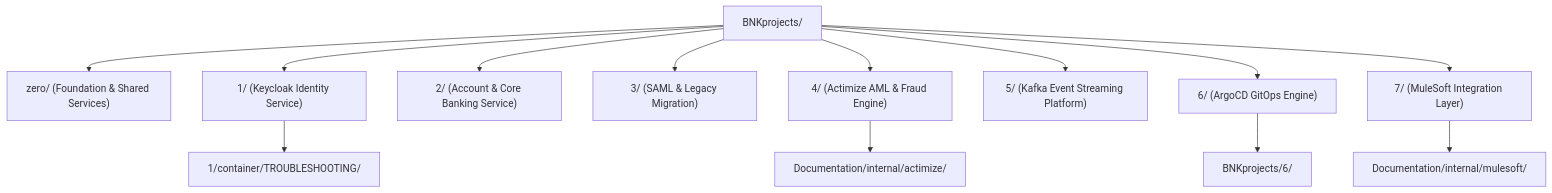
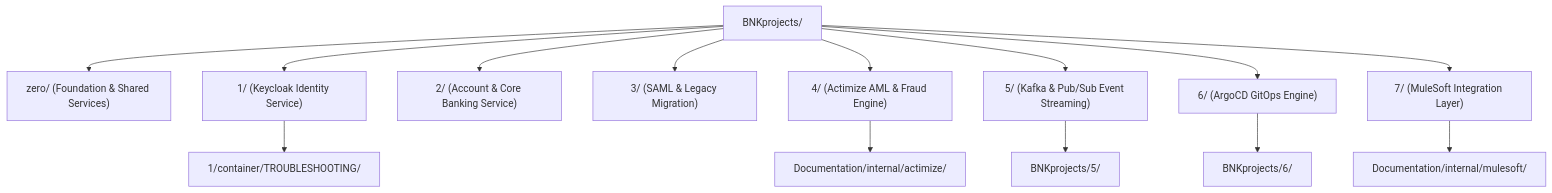
The diagram in BNKprojects/README.md (VladxDevops/MockBank), drawn with Mermaid before and after one commit. The commit also changed other lines of this file and 7 other files, not shown here.

````diff
--- a/BNKprojects/README.md
+++ b/BNKprojects/README.md
@@ -34,16 +39,17 @@
 ```mermaid
 graph TD
     ProjectsRoot["BNKprojects/"] --> P0["zero/ (Foundation & Shared Services)"]
     ProjectsRoot --> P1["1/ (Keycloak Identity Service)"]
     ProjectsRoot --> P2["2/ (Account & Core Banking Service)"]
     ProjectsRoot --> P3["3/ (SAML & Legacy Migration)"]
     ProjectsRoot --> P4["4/ (Actimize AML & Fraud Engine)"]
-    ProjectsRoot --> P5["5/ (Kafka Event Streaming Platform)"]
+    ProjectsRoot --> P5["5/ (Kafka & Pub/Sub Event Streaming)"]
     ProjectsRoot --> P6["6/ (ArgoCD GitOps Engine)"]
     ProjectsRoot --> P7["7/ (MuleSoft Integration Layer)"]
 
     P1 --> KeycloakTS["1/container/TROUBLESHOOTING/"]
     P4 --> ActimizeDoc["Documentation/internal/actimize/"]
+    P5 --> P5Doc["BNKprojects/5/"]
     P6 --> ArgoCDDoc["BNKprojects/6/"]
     P7 --> MuleSoftDoc["Documentation/internal/mulesoft/"]
 ```
````
